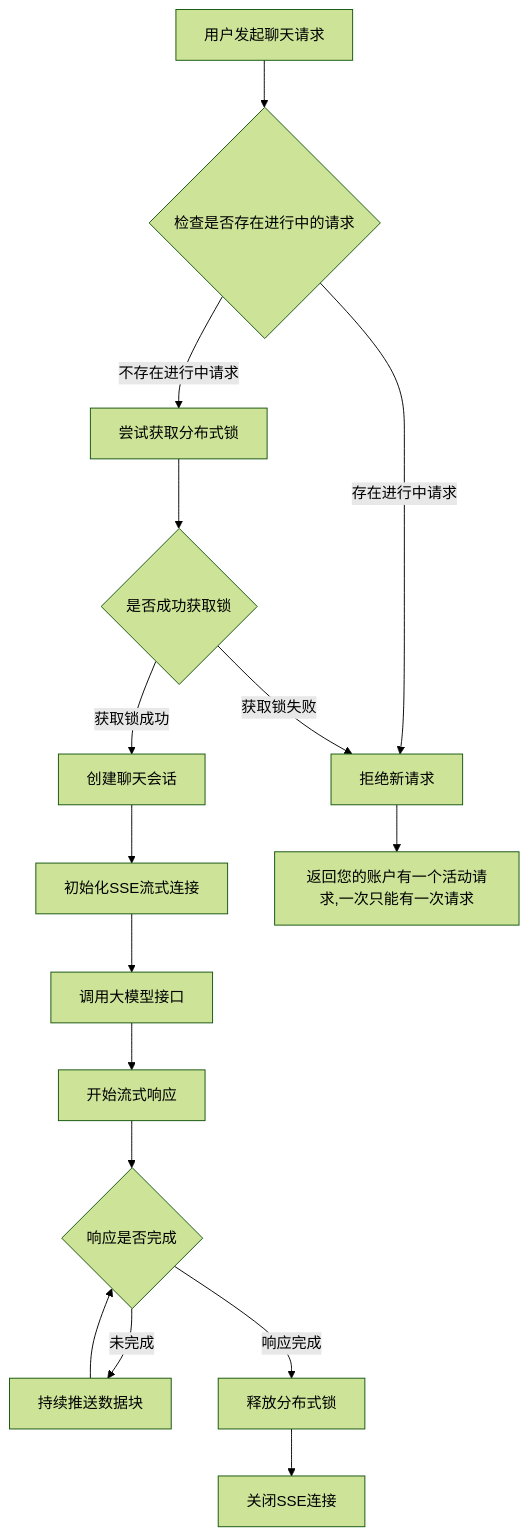
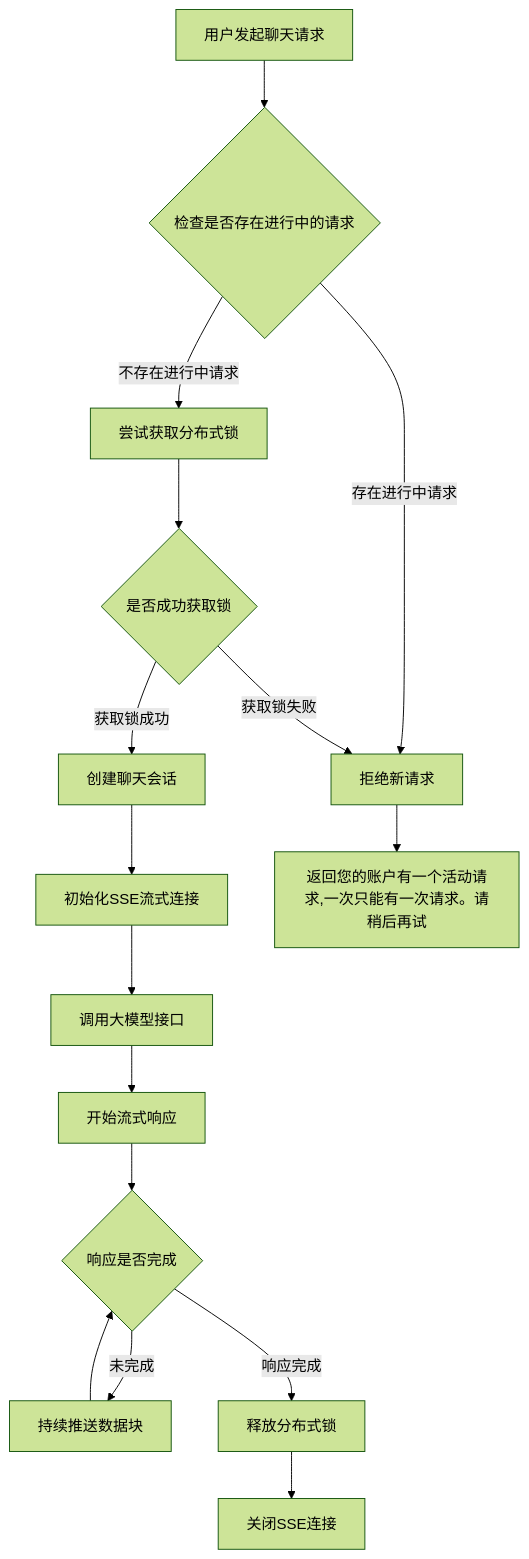
One commit to yingjianzh/iodraw-files changed the diagram in all/chat单用户单请求-15.md. Above: the diagram before and after it, drawn with Mermaid (forest theme).

Commit message:
2025-01-02 17:00:40 update

````diff
--- a/all/chat单用户单请求-15.md
+++ b/all/chat单用户单请求-15.md
@@ -1,23 +1,23 @@
 ```mermaid
 flowchart TD
     A[用户发起聊天请求] --> B{检查是否存在进行中的请求}
     B -->|存在进行中请求| C[拒绝新请求]
     B -->|不存在进行中请求| D[尝试获取分布式锁]
     
     D --> E{是否成功获取锁}
     E -->|获取锁成功| F[创建聊天会话]
     E -->|获取锁失败| C
     
     F --> G[初始化SSE流式连接]
     G --> H[调用大模型接口]
     H --> I[开始流式响应]
     
     I --> J{响应是否完成}
     J -->|未完成| K[持续推送数据块]
     K --> J
     
     J -->|响应完成| L[释放分布式锁]
     L --> M[关闭SSE连接]
     
-    C --> N[返回您的账户有一个活动请求,一次只能有一次请求]
+    C --> N[返回您的账户有一个活动请求,一次只能有一次请求。请稍后再试]
 ```
````
